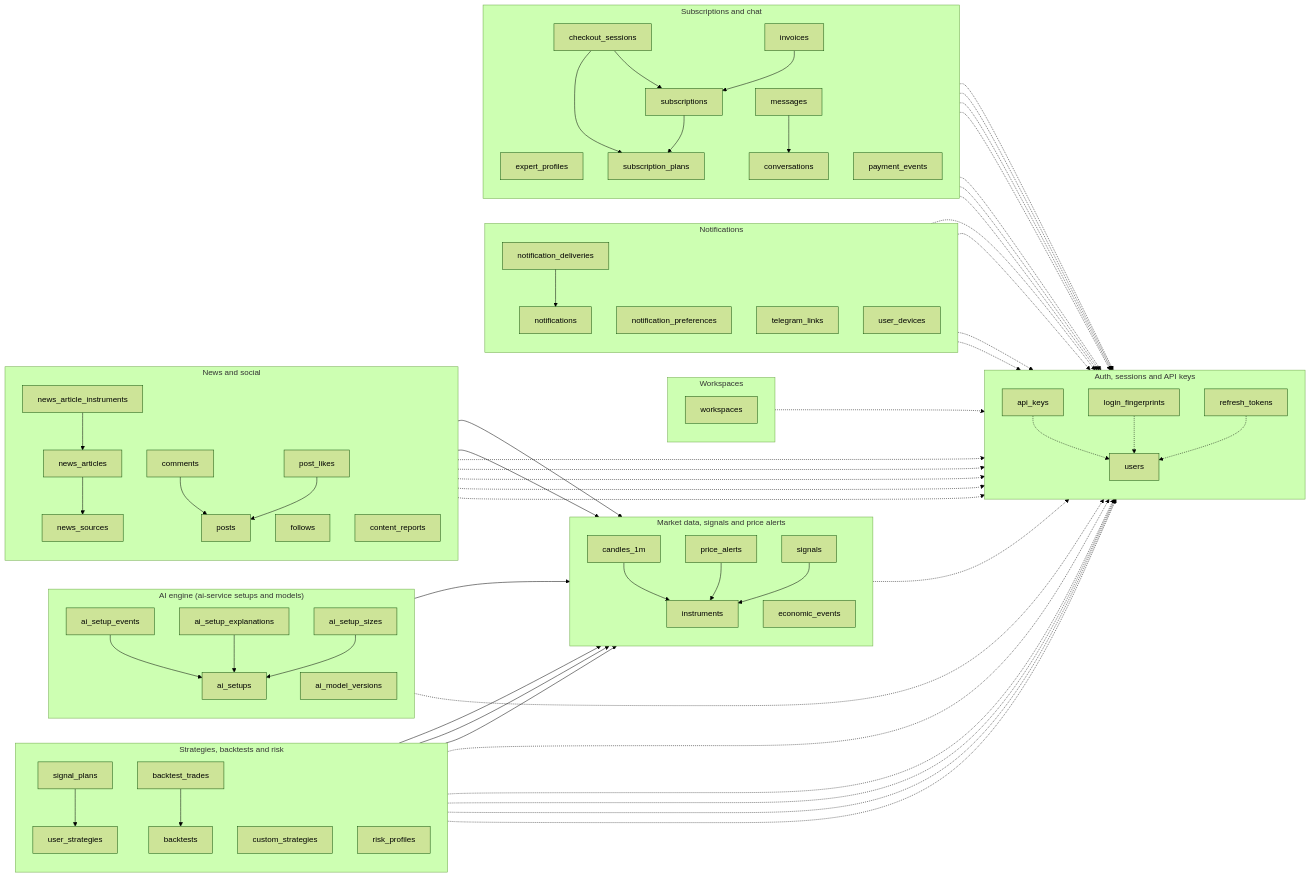
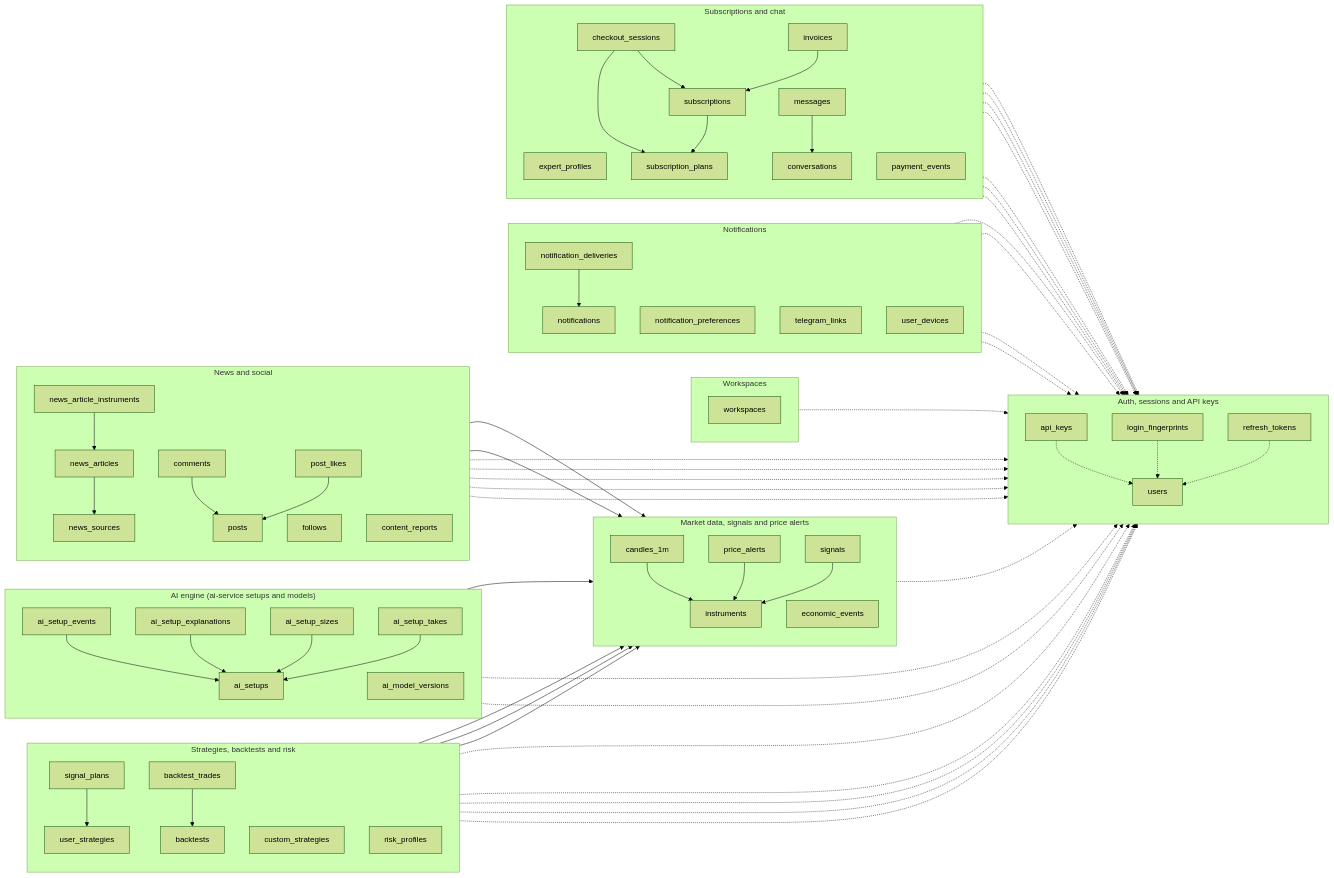
One commit to yazan-alsamman/ai-trading-analysis-system changed the diagram in docs/erd/mmd/overview.mmd. Above: the diagram before and after it, drawn with Mermaid (forest theme). The commit also changed 16 other files, not shown here.

```diff
--- a/docs/erd/mmd/overview.mmd
+++ b/docs/erd/mmd/overview.mmd
@@ -1,118 +1,121 @@
 flowchart LR
     subgraph domain_auth["Auth, sessions and API keys"]
         direction TB
         users[users]
         refresh_tokens[refresh_tokens]
         api_keys[api_keys]
         login_fingerprints[login_fingerprints]
     end
     subgraph domain_market["Market data, signals and price alerts"]
         direction TB
         instruments[instruments]
         candles_1m[candles_1m]
         signals[signals]
         price_alerts[price_alerts]
         economic_events[economic_events]
     end
     subgraph domain_strategies["Strategies, backtests and risk"]
         direction TB
         user_strategies[user_strategies]
         custom_strategies[custom_strategies]
         backtests[backtests]
         backtest_trades[backtest_trades]
         risk_profiles[risk_profiles]
         signal_plans[signal_plans]
     end
     subgraph domain_ai["AI engine (ai-service setups and models)"]
         direction TB
         ai_setups[ai_setups]
         ai_setup_events[ai_setup_events]
         ai_model_versions[ai_model_versions]
         ai_setup_sizes[ai_setup_sizes]
+        ai_setup_takes[ai_setup_takes]
         ai_setup_explanations[ai_setup_explanations]
     end
     subgraph domain_workspaces["Workspaces"]
         direction TB
         workspaces[workspaces]
     end
     subgraph domain_notifications["Notifications"]
         direction TB
         notifications[notifications]
         notification_deliveries[notification_deliveries]
         notification_preferences[notification_preferences]
         telegram_links[telegram_links]
         user_devices[user_devices]
     end
     subgraph domain_social["News and social"]
         direction TB
         news_sources[news_sources]
         news_articles[news_articles]
         news_article_instruments[news_article_instruments]
         posts[posts]
         comments[comments]
         post_likes[post_likes]
         follows[follows]
         content_reports[content_reports]
     end
     subgraph domain_subscriptions["Subscriptions and chat"]
         direction TB
         expert_profiles[expert_profiles]
         subscription_plans[subscription_plans]
         subscriptions[subscriptions]
         invoices[invoices]
         checkout_sessions[checkout_sessions]
         payment_events[payment_events]
         conversations[conversations]
         messages[messages]
     end
     ai_setup_events --> ai_setups
     ai_setup_explanations --> ai_setups
     ai_setup_sizes --> ai_setups
     ai_setup_sizes -.-> users
+    ai_setup_takes --> ai_setups
+    ai_setup_takes -.-> users
     ai_setups --> instruments
     api_keys -.-> users
     backtest_trades --> backtests
     backtests --> instruments
     backtests -.-> users
     candles_1m --> instruments
     checkout_sessions --> subscription_plans
     checkout_sessions --> subscriptions
     checkout_sessions -.-> users
     comments --> posts
     comments -.-> users
     content_reports -.-> users
     conversations -.-> users
     custom_strategies -.-> users
     expert_profiles -.-> users
     follows -.-> users
     invoices --> subscriptions
     invoices -.-> users
     login_fingerprints -.-> users
     messages --> conversations
     messages -.-> users
     news_article_instruments --> instruments
     news_article_instruments --> news_articles
     news_articles --> news_sources
     notification_deliveries --> notifications
     notification_preferences -.-> users
     notifications -.-> users
     post_likes --> posts
     post_likes -.-> users
     posts --> instruments
     posts -.-> users
     price_alerts --> instruments
     price_alerts -.-> users
     refresh_tokens -.-> users
     risk_profiles -.-> users
     signal_plans --> signals
     signal_plans --> user_strategies
     signal_plans -.-> users
     signals --> instruments
     subscription_plans -.-> users
     subscriptions --> subscription_plans
     subscriptions -.-> users
     telegram_links -.-> users
     user_devices -.-> users
     user_strategies --> instruments
     user_strategies -.-> users
     workspaces -.-> users
```
